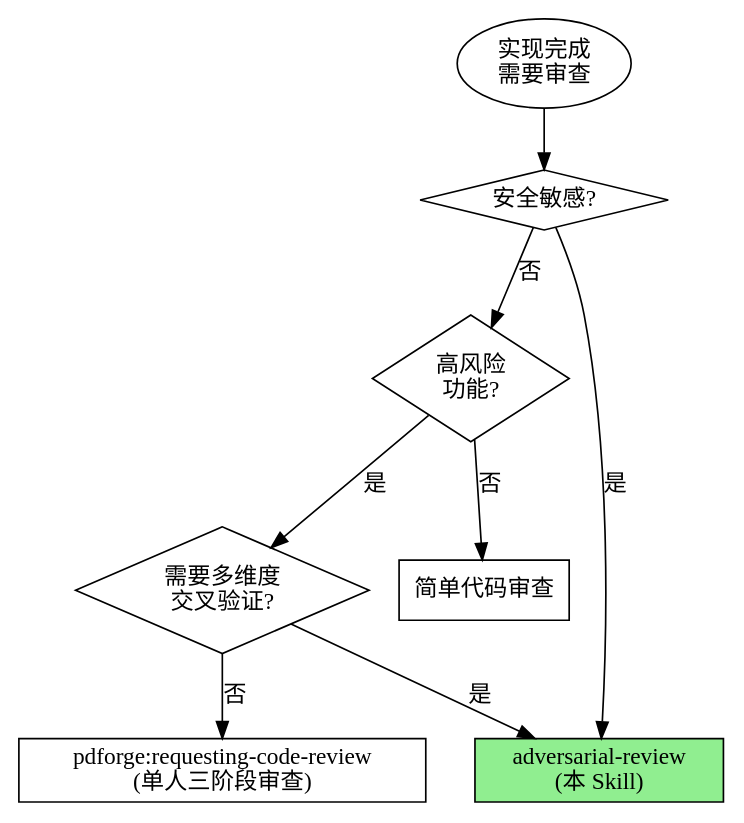
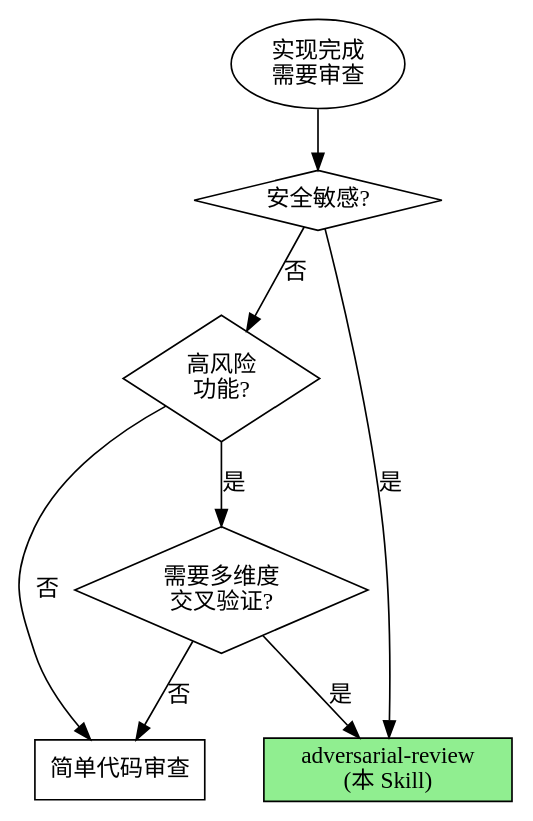
Before and after one commit to XRenSiu/claude-code-forge: the diagram in plugins/forge-teams/skills/adversarial-review/SKILL.md, drawn with Graphviz. The commit also changed other lines of this file and 20 other files, not shown here.

````diff
--- a/plugins/forge-teams/skills/adversarial-review/SKILL.md
+++ b/plugins/forge-teams/skills/adversarial-review/SKILL.md
@@ -33,20 +33,19 @@
 ```dot
 digraph {
     rankdir=TB;
     start [label="实现完成\n需要审查" shape=oval];
     q1 [label="安全敏感?" shape=diamond];
     q2 [label="高风险\n功能?" shape=diamond];
     q3 [label="需要多维度\n交叉验证?" shape=diamond];
-    single [label="pdforge:requesting-code-review\n(单人三阶段审查)" shape=box];
     adversarial [label="adversarial-review\n(本 Skill)" shape=box style=filled fillcolor=lightgreen];
     simple [label="简单代码审查" shape=box];
 
     start -> q1;
     q1 -> adversarial [label="是"];
     q1 -> q2 [label="否"];
     q2 -> q3 [label="是"];
     q2 -> simple [label="否"];
     q3 -> adversarial [label="是"];
-    q3 -> single [label="否"];
+    q3 -> simple [label="否"];
 }
 ```
````
